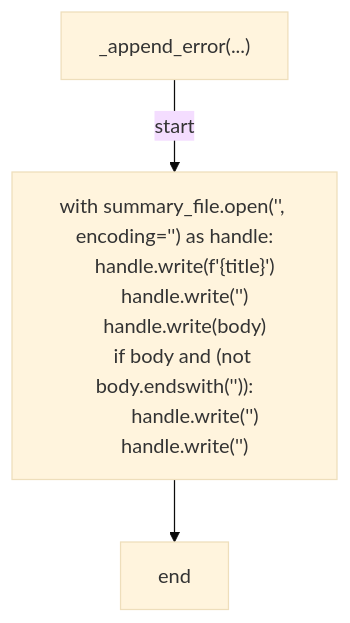
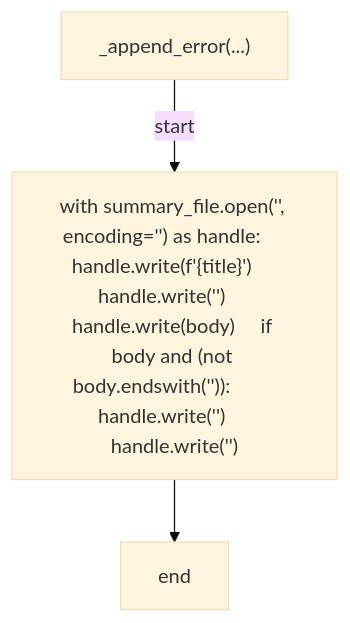
Diagram 12 of 16 in docs/generated/scripts/ast/labels_apply.md (tvna/claude-md), drawn with Mermaid (base theme) before and after one commit. The commit also changed other lines of this file and 30 other files, not shown here.

First line of the commit message:
docs(generated): regenerate decision tree and workflow diagrams (batch 2/5)

````diff
--- a/docs/generated/scripts/ast/labels_apply.md
+++ b/docs/generated/scripts/ast/labels_apply.md
@@ -288,14 +230,8 @@
 ```mermaid
 flowchart TD
     N001["_append_error(...)"]
-    N002["with summary_file.open('<str>', encoding='<str>') as handle:
-    handle.write(f'<str>{title}<str>')
-    handle.write('<str>')
-    handle.write(body)
-    if body and (not body.endswith('<str>')):
-        handle.write('<str>')
-    handle.write('<str>')"]
+    N002["with summary_file.open('<str>', encoding='<str>') as handle:     handle.write(f'<str>{title}<str>')     handle.write('<str>')     handle.write(body)     if body and (not body.endswith('<str>')):         handle.write('<str>')     handle.write('<str>')"]
     N003["end"]
     N001 -->|"start"| N002
     N002 --> N003
 ```
````
